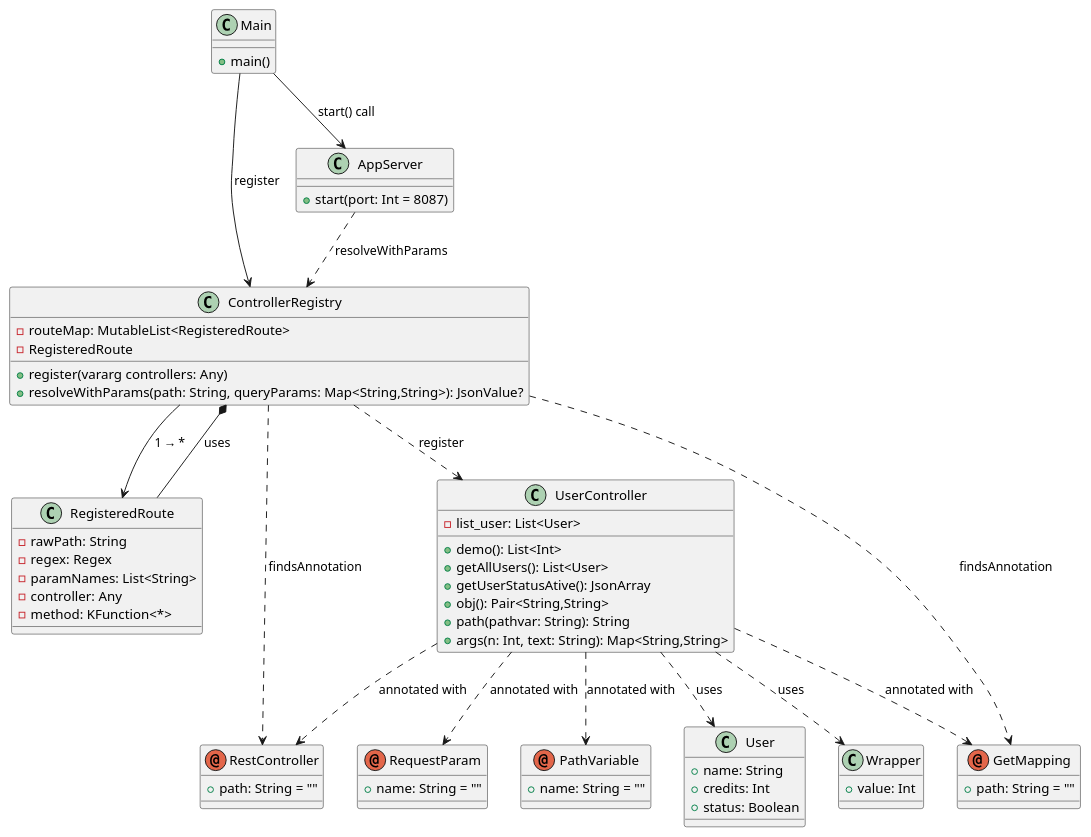
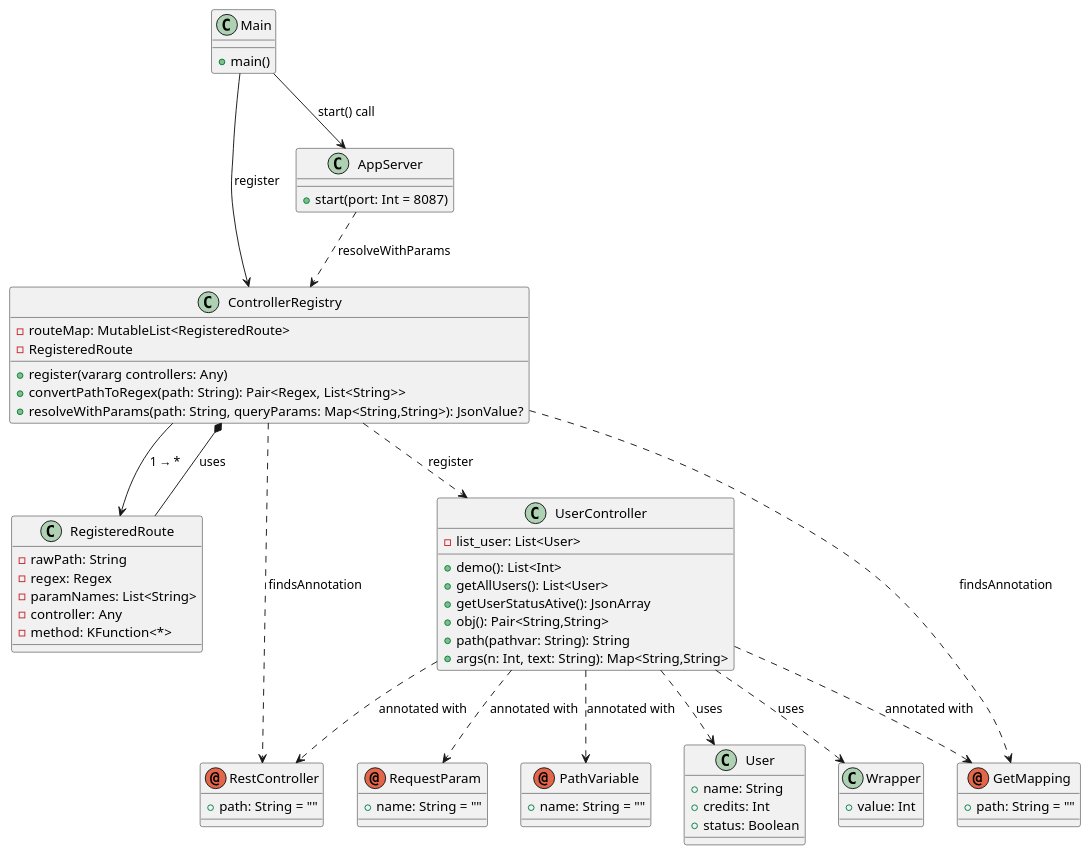
One commit to JNSD123/fromJson changed the diagram in diagram_http_get.puml. Above: the diagram before and after it, drawn with PlantUML. The commit also changed 3 other files, not shown here.

Commit message:
Merge remote-tracking branch 'origin/master' atualização UML ControllerRegistry

```diff
--- a/diagram_http_get.puml
+++ b/diagram_http_get.puml
@@ -1,89 +1,90 @@
 @startuml
 
 ' Pacote Framework.Core
 
 class ControllerRegistry {
     - routeMap: MutableList<RegisteredRoute>
     - RegisteredRoute
     + register(vararg controllers: Any)
+    + convertPathToRegex(path: String): Pair<Regex, List<String>>
     + resolveWithParams(path: String, queryParams: Map<String,String>): JsonValue?
 }
 
 class RegisteredRoute {
     - rawPath: String
     - regex: Regex
     - paramNames: List<String>
     - controller: Any
     - method: KFunction<*>
 }
 
 ControllerRegistry *-- RegisteredRoute : uses
 
 ' Pacote Server
 class AppServer {
     + start(port: Int = 8087)
 }
 
 ' Pacote Controllers
 
 class UserController {
     - list_user: List<User>
     + demo(): List<Int>
     + getAllUsers(): List<User>
     + getUserStatusAtive(): JsonArray
     + obj(): Pair<String,String>
     + path(pathvar: String): String
     + args(n: Int, text: String): Map<String,String>
 }
 
 class User {
     + name: String
     + credits: Int
     + status: Boolean
 }
 
 class Wrapper {
     + value: Int
 }
 
 class Main{
  + main()
 }
 
 
 ' Annotations
 
 annotation RestController {
     + path: String = ""
 }
 annotation GetMapping {
     + path: String = ""
 }
 annotation RequestParam {
     + name: String = ""
 }
 annotation PathVariable {
     + name: String = ""
 }
 
 
 ' Relações entre ControllerRegistry e UserController
 ControllerRegistry ..> UserController : register
 UserController ..>  User : uses
 UserController ..>  Wrapper : uses
 
 ' Relações entre ControllerRegistry e annotations
 ControllerRegistry ..> RestController : findsAnnotation
 ControllerRegistry ..> GetMapping : findsAnnotation
 ControllerRegistry --> RegisteredRoute : 1 → *
 UserController ..> RestController : annotated with
 UserController ..> GetMapping : annotated with
 UserController ..> RequestParam : annotated with
 UserController ..> PathVariable : annotated with
 
 Main --> ControllerRegistry : register
 Main --> AppServer : start() call
 
 AppServer ..> ControllerRegistry : resolveWithParams
 
 @enduml
```
